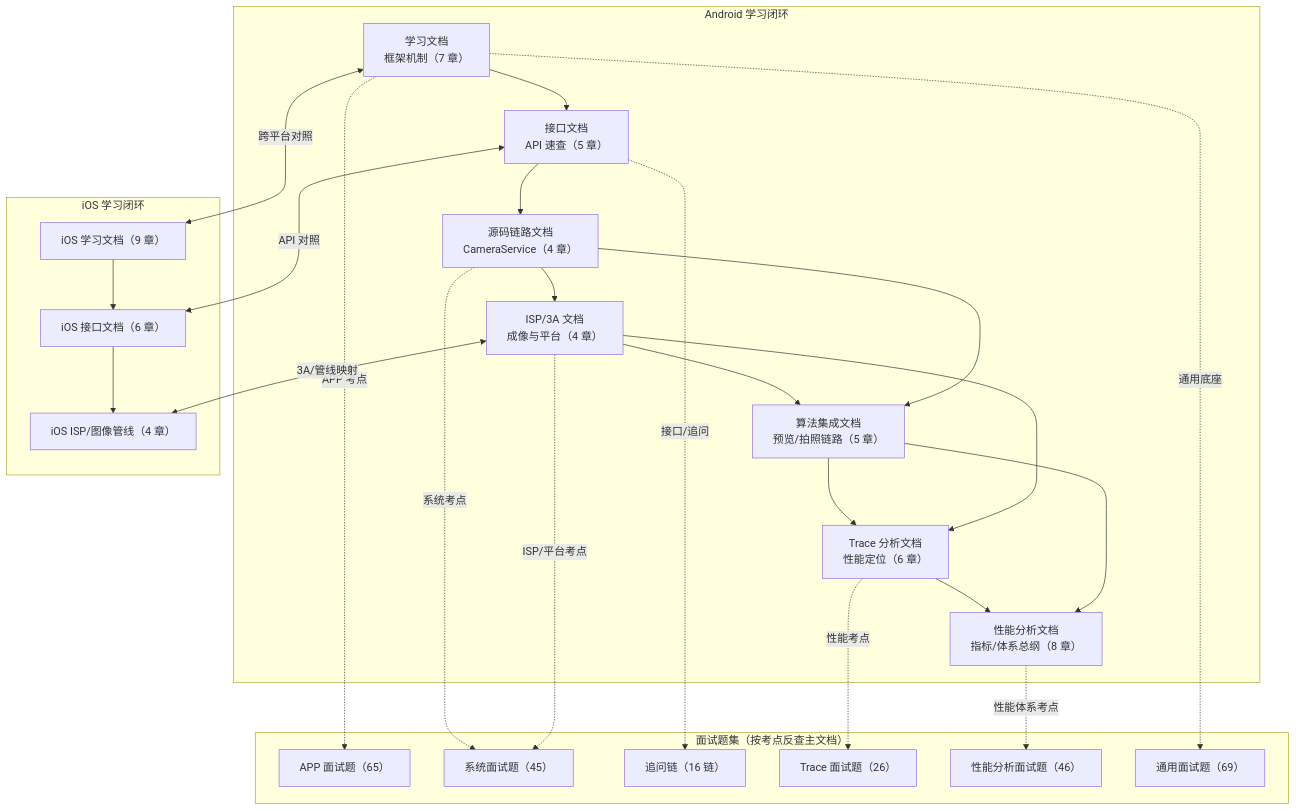
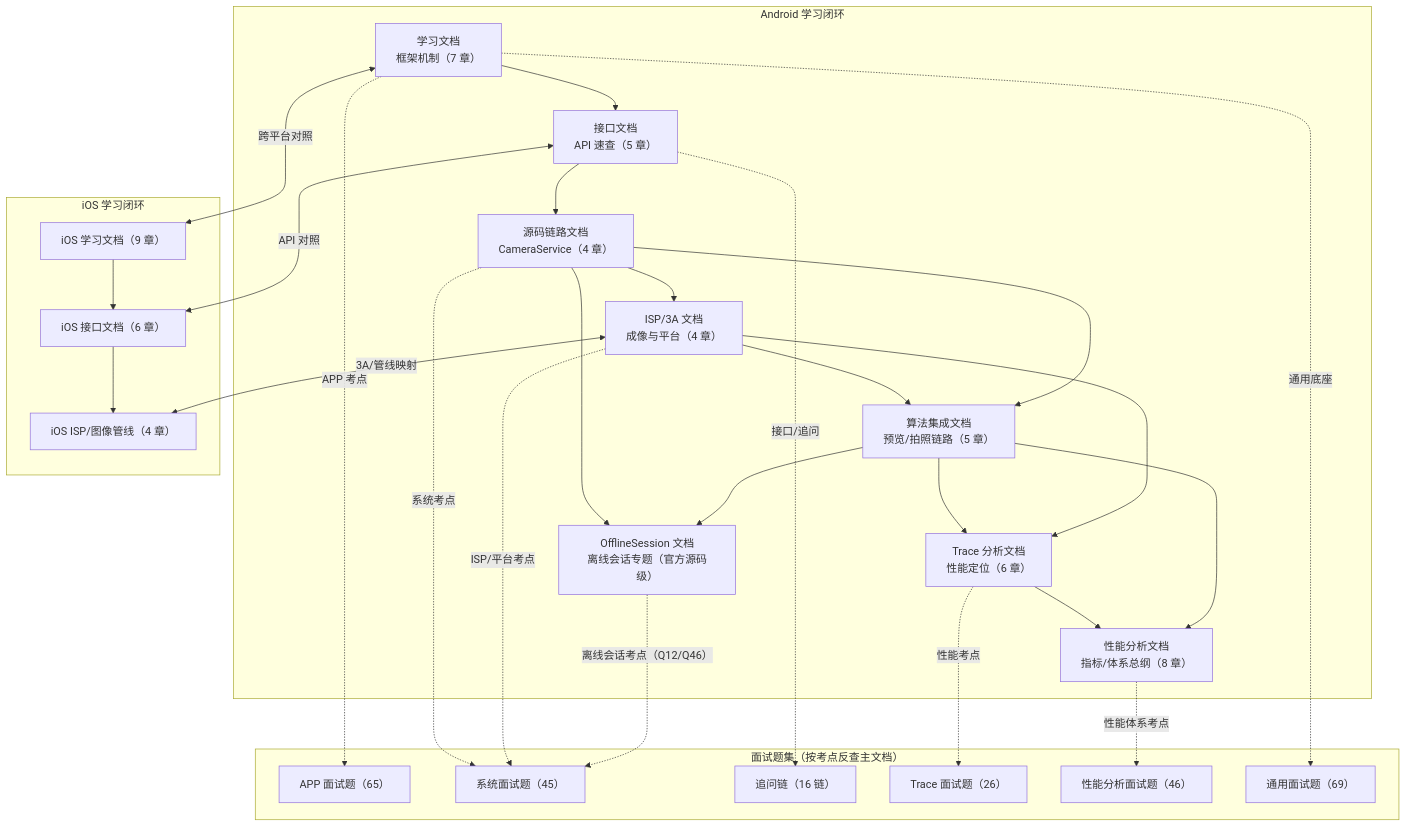
The diagram in README.md (ChiangyangNPU/camera-learning), drawn with Mermaid before and after one commit. The commit also changed other lines of this file and 5 other files, not shown here.

````diff
--- a/README.md
+++ b/README.md
@@ -9,36 +9,39 @@
 ```mermaid
 flowchart TB
     subgraph AND["Android 学习闭环"]
         A1["学习文档<br/>框架机制（7 章）"] --> A2["接口文档<br/>API 速查（5 章）"]
         A2 --> A3["源码链路文档<br/>CameraService（4 章）"]
         A3 --> A4["ISP/3A 文档<br/>成像与平台（4 章）"]
         A4 --> A5["算法集成文档<br/>预览/拍照链路（5 章）"]
         A3 --> A5
         A5 --> A6["Trace 分析文档<br/>性能定位（6 章）"]
         A4 --> A6
         A6 --> A7["性能分析文档<br/>指标/体系总纲（8 章）"]
         A5 --> A7
+        A3 --> A8["OfflineSession 文档<br/>离线会话专题（官方源码级）"]
+        A5 --> A8
     end
     subgraph IV["面试题集（按考点反查主文档）"]
         Q1["APP 面试题（65）"]
         Q2["系统面试题（45）"]
         Q3["追问链（16 链）"]
         Q4["Trace 面试题（26）"]
         Q6["性能分析面试题（46）"]
         Q5["通用面试题（69）"]
     end
     subgraph IOS["iOS 学习闭环"]
         B1["iOS 学习文档（9 章）"] --> B2["iOS 接口文档（6 章）"]
         B2 --> B3["iOS ISP/图像管线（4 章）"]
     end
     A1 -.->|"APP 考点"| Q1
     A2 -.->|"接口/追问"| Q3
     A3 -.->|"系统考点"| Q2
     A4 -.->|"ISP/平台考点"| Q2
+    A8 -.->|"离线会话考点（Q12/Q46）"| Q2
     A6 -.->|"性能考点"| Q4
     A7 -.->|"性能体系考点"| Q6
     A1 -.->|"通用底座"| Q5
     A1 <-->|"跨平台对照"| B1
     A2 <-->|"API 对照"| B2
     A4 <-->|"3A/管线映射"| B3
 ```
````
